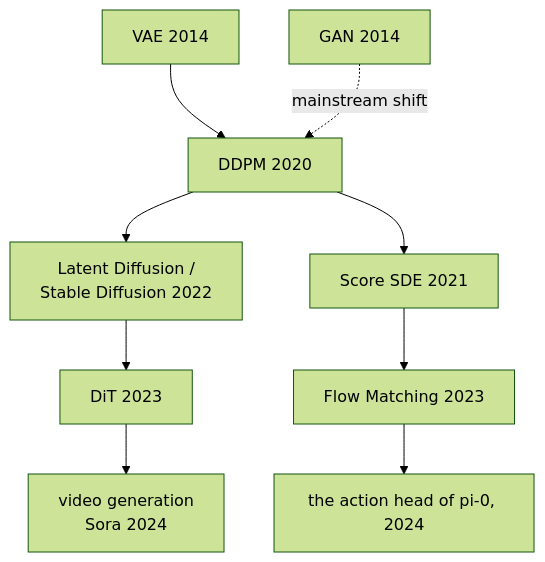
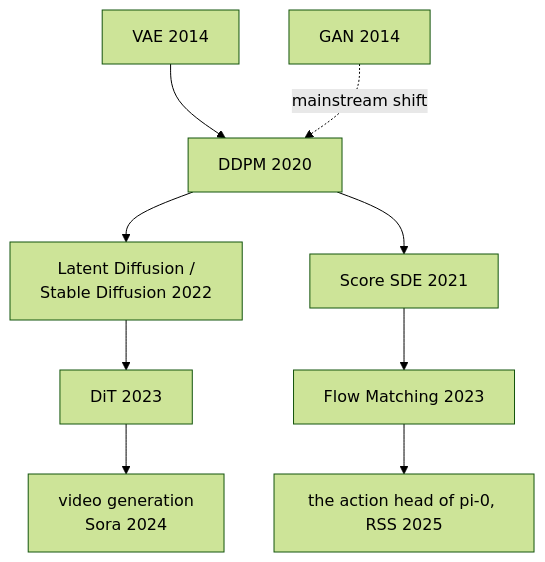
One commit to jiseop-byeon/phd-wiki changed the fourth of 12 diagrams in content/03-deep-learning/lineage.md. Above: the diagram before and after it, drawn with Mermaid (forest theme). The commit also changed other lines of this file and 6 other files, not shown here.

````diff
--- a/content/03-deep-learning/lineage.md
+++ b/content/03-deep-learning/lineage.md
@@ -74,11 +74,11 @@
 ```mermaid
 graph TD
     VAEE["VAE 2014"] --> DDPME["DDPM 2020"]
     GANE["GAN 2014"] -. mainstream shift .-> DDPME
     DDPME --> LDME["Latent Diffusion /<br/>Stable Diffusion 2022"]
     DDPME --> ScoreE["Score SDE 2021"]
     ScoreE --> FME["Flow Matching 2023"]
     LDME --> DiTE["DiT 2023"]
     DiTE --> VideoE["video generation<br/>Sora 2024"]
-    FME --> Pi0E["the action head of pi-0, 2024"]
+    FME --> Pi0E["the action head of pi-0, RSS 2025"]
 ```
````
